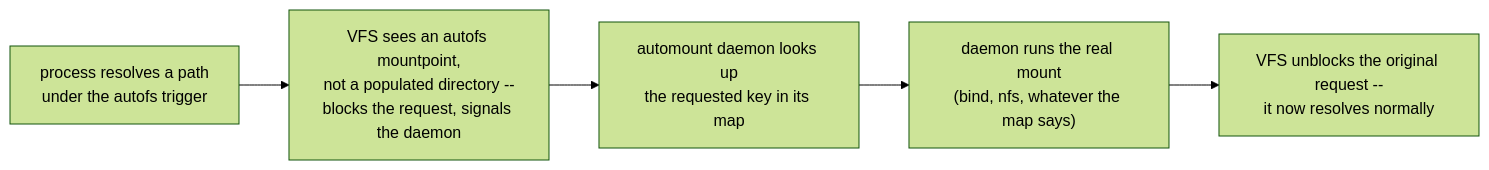
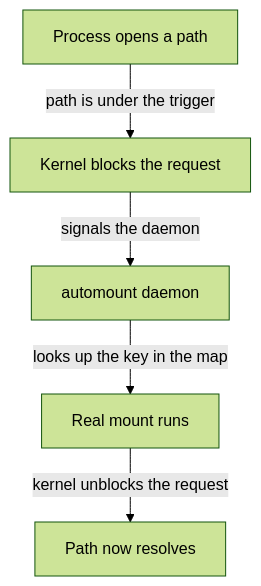
Before and after one commit to astrona-io/ATS004: the first of 2 diagrams in sections/section-050/module-01/course-01-mechanism-and-enabling.md, drawn with Mermaid (forest theme). The commit also changed other lines of this file and 287 other files, not shown here.

````diff
--- a/sections/section-050/module-01/course-01-mechanism-and-enabling.md
+++ b/sections/section-050/module-01/course-01-mechanism-and-enabling.md
@@ -19,7 +17,7 @@
 ```mermaid
-flowchart LR
-    REQ["process resolves a path<br/>under the autofs trigger"] --> TRAP["VFS sees an autofs mountpoint,<br/>not a populated directory --<br/>blocks the request, signals the daemon"]
-    TRAP --> LOOKUP["automount daemon looks up<br/>the requested key in its map"]
-    LOOKUP --> MOUNT["daemon runs the real mount<br/>(bind, nfs, whatever the map says)"]
-    MOUNT --> RESUME["VFS unblocks the original request --<br/>it now resolves normally"]
+flowchart TB
+    R["Process opens a path"] -->|"path is under the trigger"| T["Kernel blocks the request"]
+    T -->|"signals the daemon"| D["automount daemon"]
+    D -->|"looks up the key in the map"| M["Real mount runs"]
+    M -->|"kernel unblocks the request"| R2["Path now resolves"]
 ```
````
